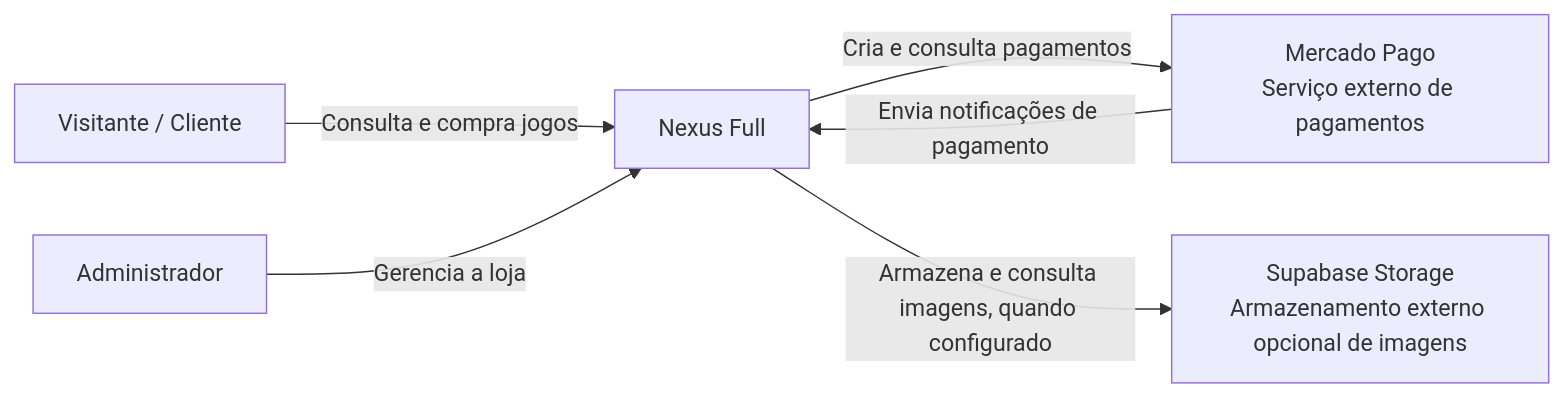
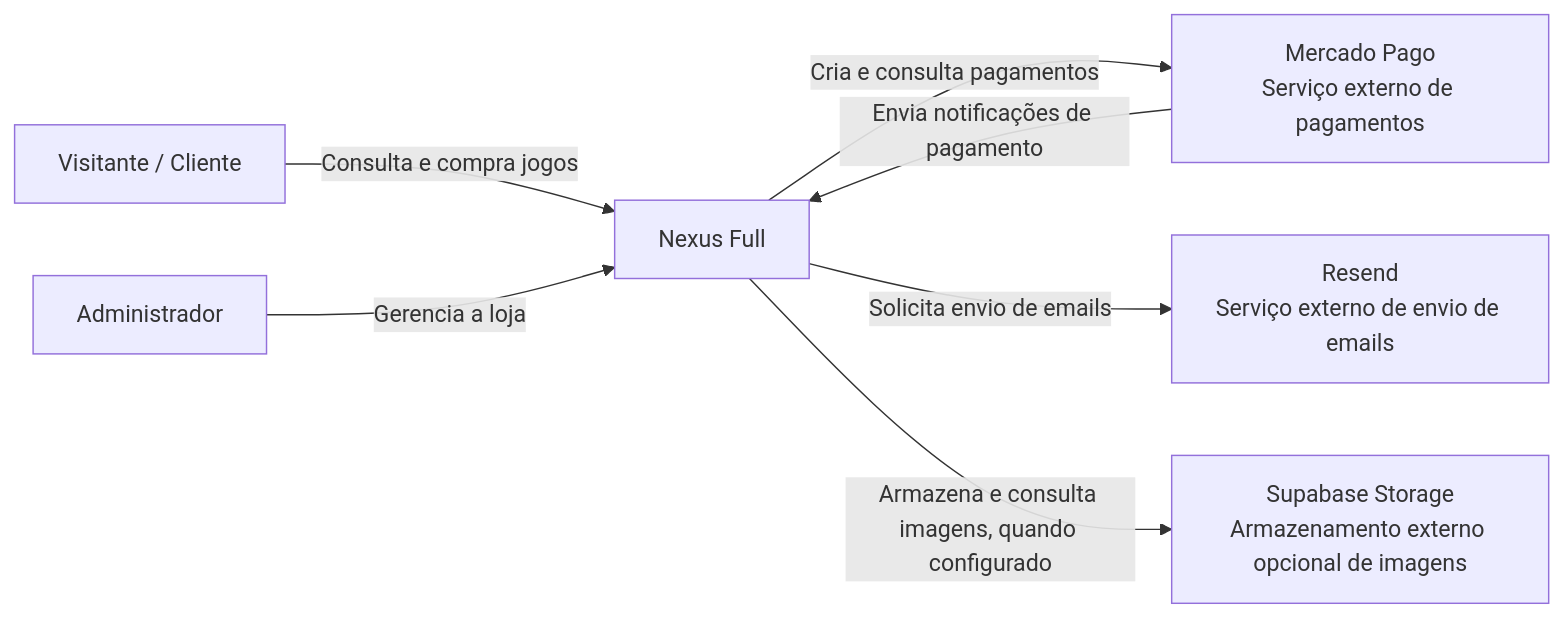
Before and after one commit to Mumurilo375/nexusFull: the diagram in documentacao/c4-contexto.md, drawn with Mermaid. The commit also changed other lines of this file and 6 other files, not shown here.

````diff
--- a/documentacao/c4-contexto.md
+++ b/documentacao/c4-contexto.md
@@ -5,14 +5,16 @@
 ```mermaid
 flowchart LR
     visitante[Visitante / Cliente]
     admin[Administrador]
     nexus[Nexus Full]
     mercado[Mercado Pago<br/>Serviço externo de pagamentos]
+    resend[Resend<br/>Serviço externo de envio de emails]
     supabase[Supabase Storage<br/>Armazenamento externo opcional de imagens]
 
     visitante -->|Consulta e compra jogos| nexus
     admin -->|Gerencia a loja| nexus
     nexus -->|Cria e consulta pagamentos| mercado
     mercado -->|Envia notificações de pagamento| nexus
+    nexus -->|Solicita envio de emails| resend
     nexus -->|Armazena e consulta imagens, quando configurado| supabase
 ```
````
